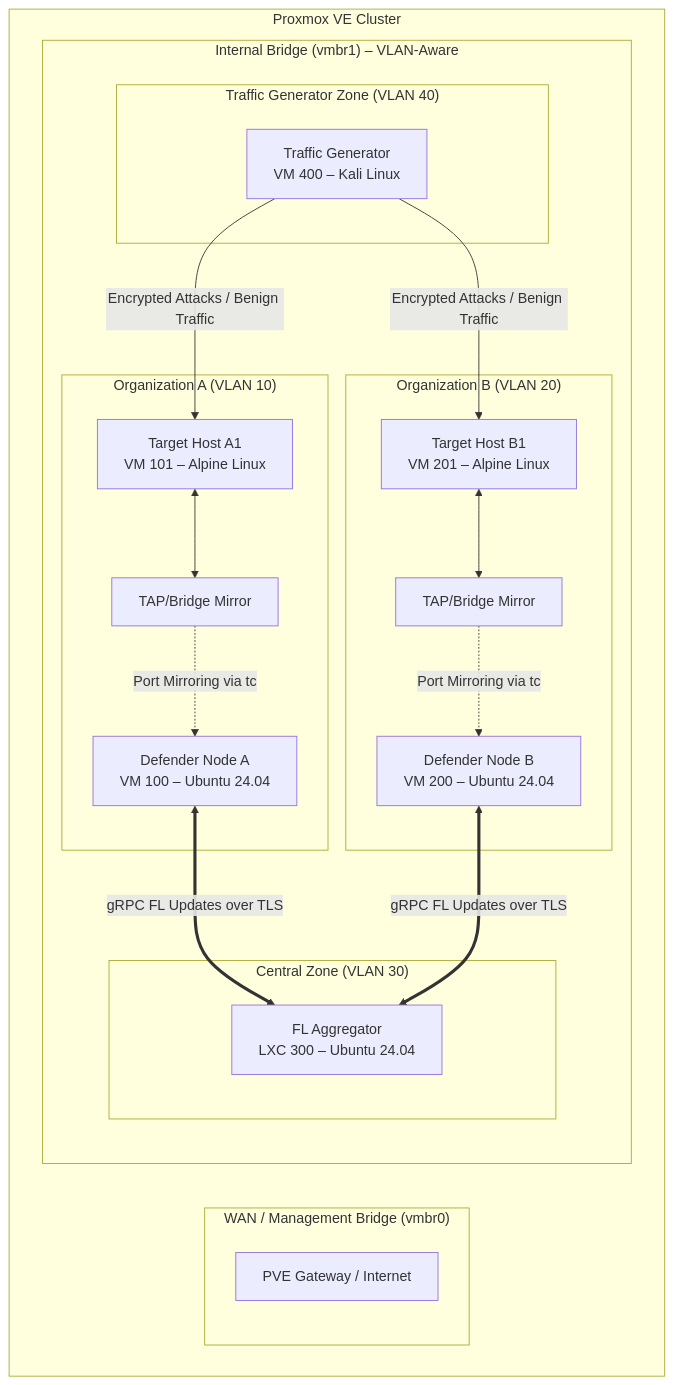
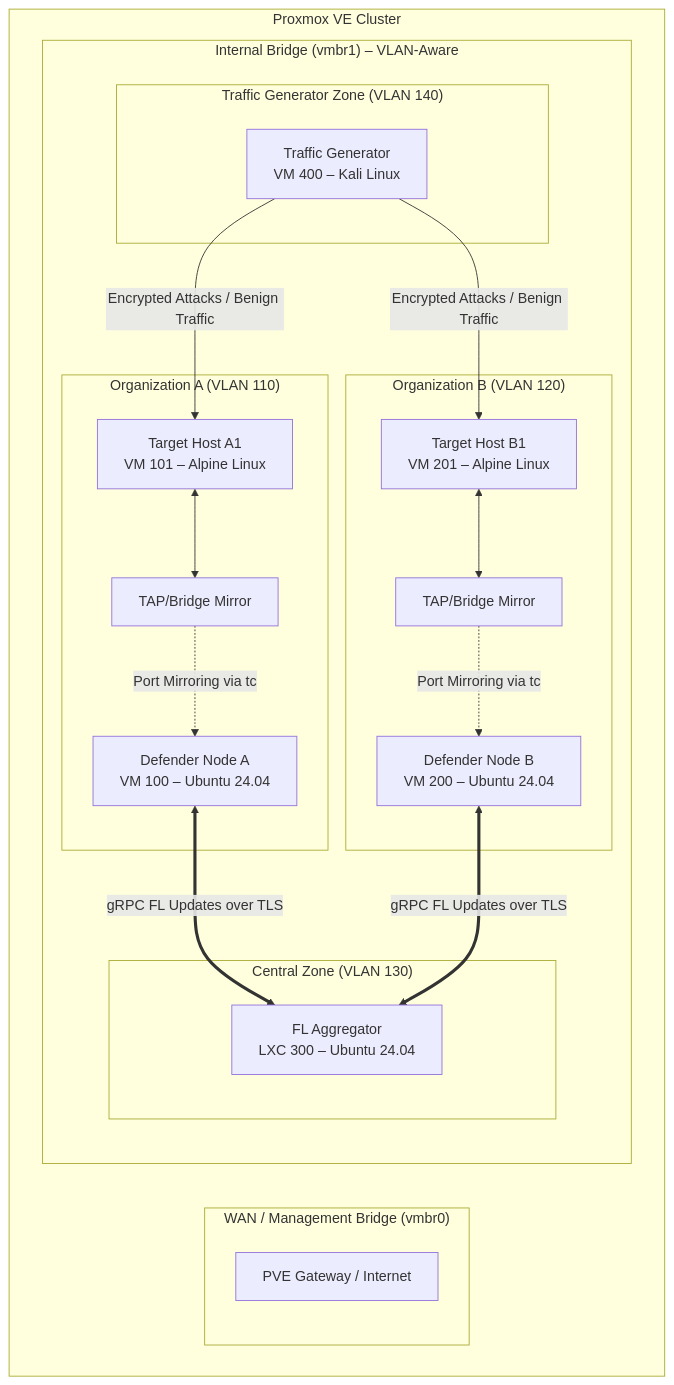
The diagram in docs/02_architecture.md (rhaffle87/fl-cl), drawn with Mermaid before and after one commit. The commit also changed other lines of this file and 10 other files, not shown here.

````diff
--- a/docs/02_architecture.md
+++ b/docs/02_architecture.md
@@ -22,42 +22,42 @@
 ```mermaid
 graph TD
     subgraph Proxmox VE Cluster
         subgraph WAN_Mgmt["WAN / Management Bridge (vmbr0)"]
             Router[PVE Gateway / Internet]
         end
 
         subgraph SDN["Internal Bridge (vmbr1) – VLAN-Aware"]
-            subgraph CentralZone["Central Zone (VLAN 30)"]
+            subgraph CentralZone["Central Zone (VLAN 130)"]
                 Aggregator["FL Aggregator<br/>LXC 300 – Ubuntu 24.04"]
             end
             
-            subgraph OrgA["Organization A (VLAN 10)"]
+            subgraph OrgA["Organization A (VLAN 110)"]
                 DefenderA["Defender Node A<br/>VM 100 – Ubuntu 24.04"]
                 TargetA["Target Host A1<br/>VM 101 – Alpine Linux"]
                 MirrorA["TAP/Bridge Mirror"]
             end
 
-            subgraph OrgB["Organization B (VLAN 20)"]
+            subgraph OrgB["Organization B (VLAN 120)"]
                 DefenderB["Defender Node B<br/>VM 200 – Ubuntu 24.04"]
                 TargetB["Target Host B1<br/>VM 201 – Alpine Linux"]
                 MirrorB["TAP/Bridge Mirror"]
             end
             
-            subgraph TrafficZone["Traffic Generator Zone (VLAN 40)"]
+            subgraph TrafficZone["Traffic Generator Zone (VLAN 140)"]
                 Attacker["Traffic Generator<br/>VM 400 – Kali Linux"]
             end
         end
     end
 
     Attacker -->|Encrypted Attacks / Benign Traffic| TargetA
     Attacker -->|Encrypted Attacks / Benign Traffic| TargetB
     
     TargetA <--> MirrorA
     TargetB <--> MirrorB
     
     MirrorA -.->|Port Mirroring via tc| DefenderA
     MirrorB -.->|Port Mirroring via tc| DefenderB
 
     DefenderA <==>|gRPC FL Updates over TLS| Aggregator
     DefenderB <==>|gRPC FL Updates over TLS| Aggregator
 ```
````
